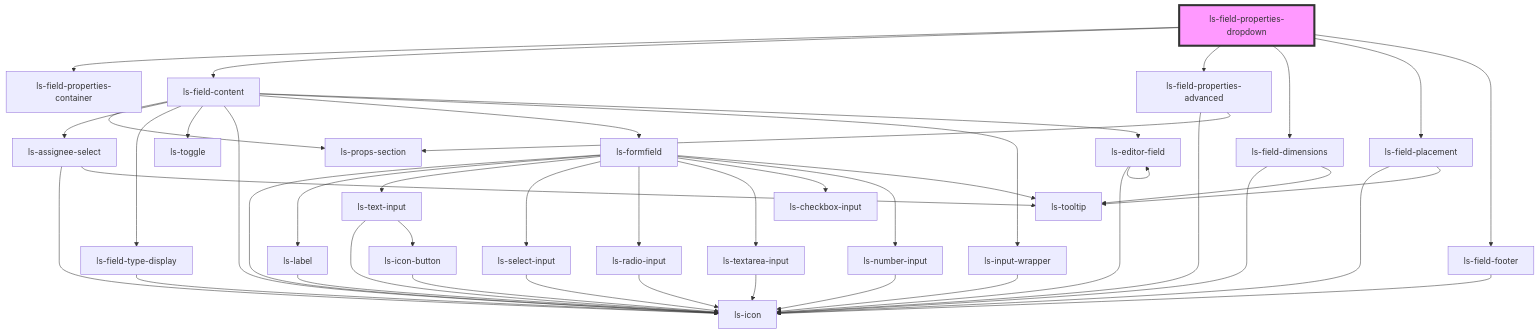
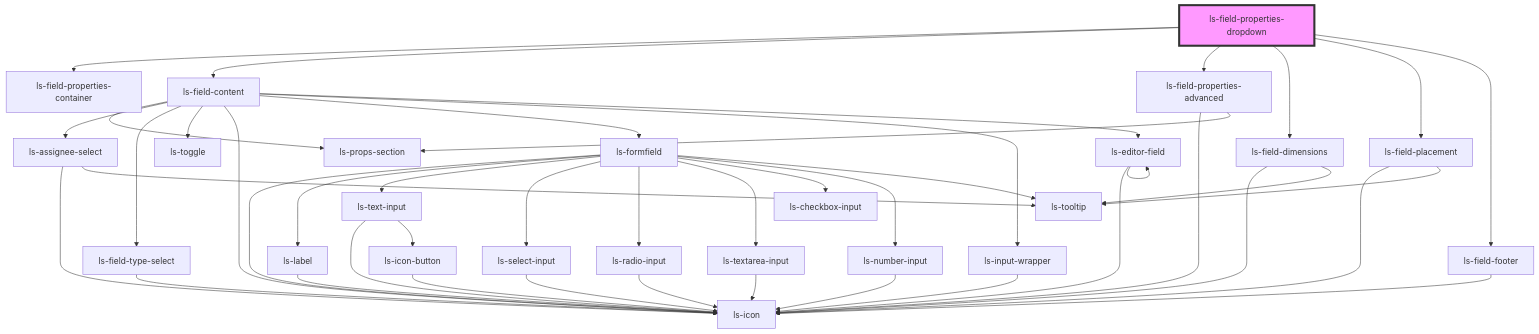
The diagram in src/components/ls-field-properties-dropdown/readme.md (legalesign/ls-document-viewer), drawn with Mermaid before and after one commit. The commit also changed other lines of this file and 30 other files, not shown here.

First line of the commit message:
Add switch field type

````diff
--- a/src/components/ls-field-properties-dropdown/readme.md
+++ b/src/components/ls-field-properties-dropdown/readme.md
@@ -28,48 +28,48 @@
 ```mermaid
 graph TD;
   ls-field-properties-dropdown --> ls-field-properties-container
   ls-field-properties-dropdown --> ls-field-content
   ls-field-properties-dropdown --> ls-field-properties-advanced
   ls-field-properties-dropdown --> ls-field-dimensions
   ls-field-properties-dropdown --> ls-field-placement
   ls-field-properties-dropdown --> ls-field-footer
   ls-field-content --> ls-props-section
   ls-field-content --> ls-assignee-select
-  ls-field-content --> ls-field-type-display
+  ls-field-content --> ls-field-type-select
   ls-field-content --> ls-toggle
   ls-field-content --> ls-icon
   ls-field-content --> ls-formfield
   ls-field-content --> ls-input-wrapper
   ls-field-content --> ls-editor-field
   ls-assignee-select --> ls-icon
   ls-assignee-select --> ls-tooltip
-  ls-field-type-display --> ls-icon
+  ls-field-type-select --> ls-icon
   ls-formfield --> ls-icon
   ls-formfield --> ls-label
   ls-formfield --> ls-text-input
   ls-formfield --> ls-select-input
   ls-formfield --> ls-radio-input
   ls-formfield --> ls-textarea-input
   ls-formfield --> ls-checkbox-input
   ls-formfield --> ls-number-input
   ls-formfield --> ls-tooltip
   ls-label --> ls-icon
   ls-text-input --> ls-icon
   ls-text-input --> ls-icon-button
   ls-icon-button --> ls-icon
   ls-select-input --> ls-icon
   ls-radio-input --> ls-icon
   ls-textarea-input --> ls-icon
   ls-number-input --> ls-icon
   ls-input-wrapper --> ls-icon
   ls-editor-field --> ls-icon
   ls-editor-field --> ls-editor-field
   ls-field-properties-advanced --> ls-icon
   ls-field-properties-advanced --> ls-props-section
   ls-field-dimensions --> ls-icon
   ls-field-dimensions --> ls-tooltip
   ls-field-placement --> ls-icon
   ls-field-placement --> ls-tooltip
   ls-field-footer --> ls-icon
   style ls-field-properties-dropdown fill:#f9f,stroke:#333,stroke-width:4px
 ```
````
